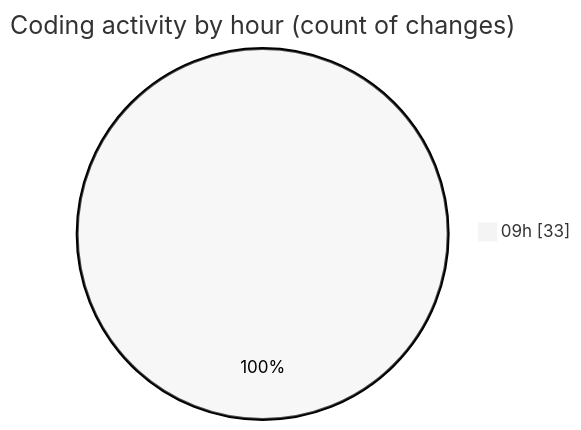
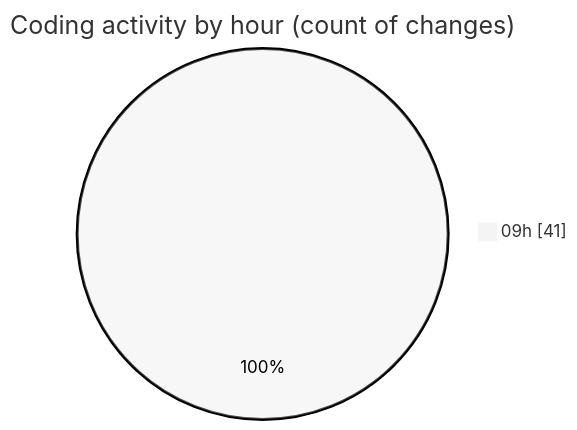
The second of 2 diagrams in 2026-01-08/cda/README.md (momahboobian/code-tracking), drawn with Mermaid (neutral theme) before and after one commit. The commit also changed other lines of this file and 1 other file, not shown here.

````diff
--- a/2026-01-08/cda/README.md
+++ b/2026-01-08/cda/README.md
@@ -49,5 +49,5 @@
 ```mermaid
 pie showData
 title Coding activity by hour (count of changes)
-"09h" : 33
+"09h" : 41
 ```
````
